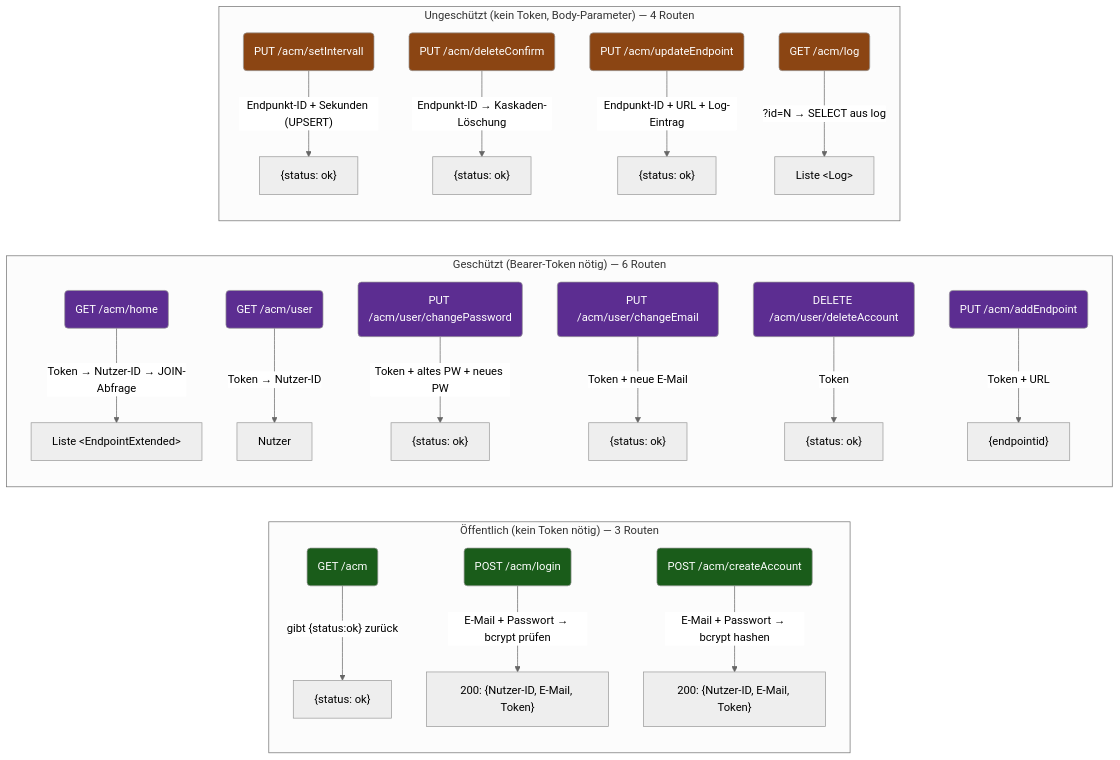
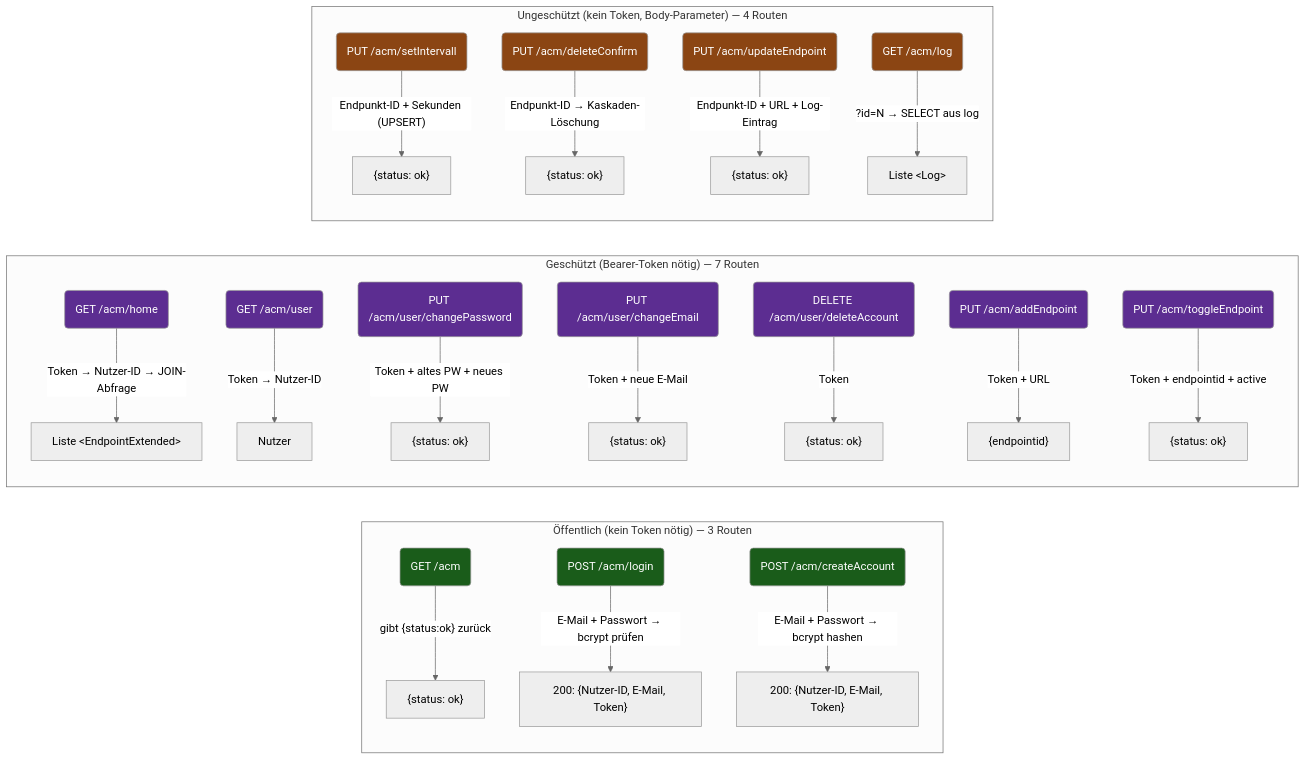
Before and after one commit to DevDaio/ACM_API-Connection-Monitor: the second of 10 diagrams in explain-canvas.md, drawn with Mermaid (neutral theme). The commit also changed other lines of this file and 16 other files, not shown here.

````diff
--- a/explain-canvas.md
+++ b/explain-canvas.md
@@ -62,28 +62,29 @@
 ```mermaid
 flowchart LR
     subgraph PUBLIC["Öffentlich (kein Token nötig) — 3 Routen"]
         HC("GET /acm"):::pub -->|"gibt {status:ok} zurück"| HCO["{status: ok}"]
         LOGIN("POST /acm/login"):::pub -->|"E-Mail + Passwort → bcrypt prüfen"| LOGINO["200: {Nutzer-ID, E-Mail, Token}"]
         CA("POST /acm/createAccount"):::pub -->|"E-Mail + Passwort → bcrypt hashen"| CAO["200: {Nutzer-ID, E-Mail, Token}"]
     end
 
-    subgraph GESCHUETZT["Geschützt (Bearer-Token nötig) — 6 Routen"]
+    subgraph GESCHUETZT["Geschützt (Bearer-Token nötig) — 7 Routen"]
         H("GET /acm/home"):::ges -->|"Token → Nutzer-ID → JOIN-Abfrage"| HO["Liste &lt;EndpointExtended&gt;"]
         U("GET /acm/user"):::ges -->|"Token → Nutzer-ID"| UO["Nutzer"]
         CP("PUT /acm/user/changePassword"):::ges -->|"Token + altes PW + neues PW"| CPO["{status: ok}"]
         CE("PUT /acm/user/changeEmail"):::ges -->|"Token + neue E-Mail"| CEO["{status: ok}"]
         DA("DELETE /acm/user/deleteAccount"):::ges -->|"Token"| DAO["{status: ok}"]
         AE("PUT /acm/addEndpoint"):::ges -->|"Token + URL"| AEO["{endpointid}"]
+        TE("PUT /acm/toggleEndpoint"):::ges -->|"Token + endpointid + active"| TEO["{status: ok}"]
     end
 
     subgraph UNGESCHUETZT["Ungeschützt (kein Token, Body-Parameter) — 4 Routen"]
         SI("PUT /acm/setIntervall"):::ung -->|"Endpunkt-ID + Sekunden (UPSERT)"| SIO["{status: ok}"]
         DC("PUT /acm/deleteConfirm"):::ung -->|"Endpunkt-ID → Kaskaden-Löschung"| DCO["{status: ok}"]
         UE("PUT /acm/updateEndpoint"):::ung -->|"Endpunkt-ID + URL + Log-Eintrag"| UEO["{status: ok}"]
         LG("GET /acm/log"):::ung -->|"?id=N → SELECT aus log"| LGO["Liste &lt;Log&gt;"]
     end
 
     classDef pub fill:#1a5c1a,color:#fff
     classDef ges fill:#5c2d91,color:#fff
     classDef ung fill:#8b4513,color:#fff
 ```
````
